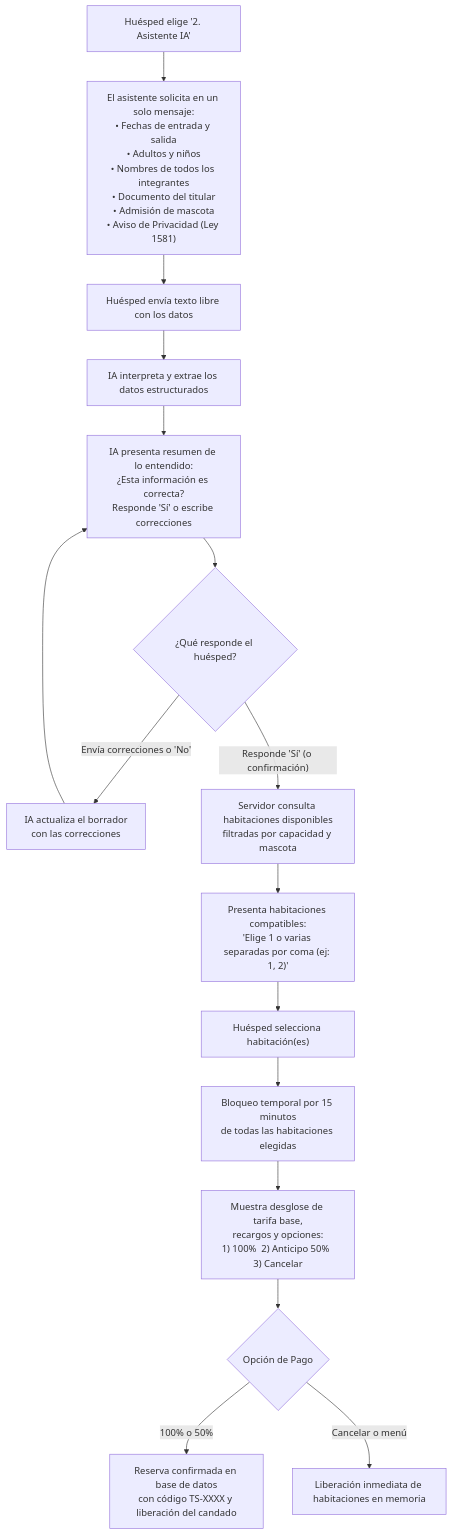
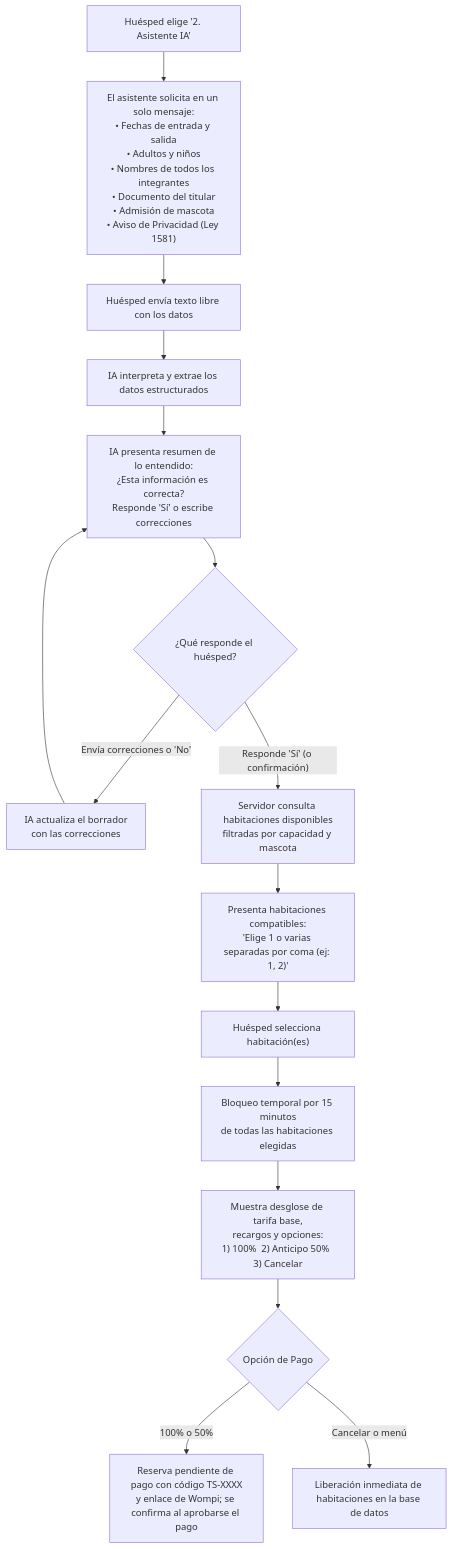
One commit to JuanJarias/SatoriPMS changed the second of 2 diagrams in docs/Diagramas/02_Flujo_Reserva_WhatsApp.md. Above: the diagram before and after it, drawn with Mermaid. The commit also changed other lines of this file and 14 other files, not shown here.

````diff
--- a/docs/Diagramas/02_Flujo_Reserva_WhatsApp.md
+++ b/docs/Diagramas/02_Flujo_Reserva_WhatsApp.md
@@ -99,22 +102,22 @@
 ```mermaid
 flowchart TD
     Inicio["Huésped elige '2. Asistente IA'"] --> PideDatos["El asistente solicita en un solo mensaje:<br/>• Fechas de entrada y salida<br/>• Adultos y niños<br/>• Nombres de todos los integrantes<br/>• Documento del titular<br/>• Admisión de mascota<br/>• Aviso de Privacidad (Ley 1581)"]
     PideDatos --> RespUsuario["Huésped envía texto libre con los datos"]
     RespUsuario --> GeminiExtract["IA interpreta y extrae los datos estructurados"]
     GeminiExtract --> MuestraResumen["IA presenta resumen de lo entendido:<br/>¿Esta información es correcta?<br/>Responde 'Sí' o escribe correcciones"]
     
     MuestraResumen --> Confirmacion{"¿Qué responde el huésped?"}
     Confirmacion -- "Envía correcciones o 'No'" --> GeminiCorrige["IA actualiza el borrador<br/>con las correcciones"]
     GeminiCorrige --> MuestraResumen
     
     Confirmacion -- "Responde 'Sí' (o confirmación)" --> ConsultaDisp["Servidor consulta habitaciones disponibles<br/>filtradas por capacidad y mascota"]
     ConsultaDisp --> MuestraHabitaciones["Presenta habitaciones compatibles:<br/>'Elige 1 o varias separadas por coma (ej: 1, 2)'"]
     
     MuestraHabitaciones --> EligeHab["Huésped selecciona habitación(es)"]
     EligeHab --> Bloqueo15Min["Bloqueo temporal por 15 minutos<br/>de todas las habitaciones elegidas"]
     Bloqueo15Min --> ResumenPago["Muestra desglose de tarifa base,<br/>recargos y opciones:<br/>1) 100%  2) Anticipo 50%  3) Cancelar"]
     
     ResumenPago --> Pago{"Opción de Pago"}
-    Pago -- "100% o 50%" --> Confirmada["Reserva confirmada en base de datos<br/>con código TS-XXXX y liberación del candado"]
-    Pago -- "Cancelar o menú" --> Liberar["Liberación inmediata de habitaciones en memoria"]
+    Pago -- "100% o 50%" --> Confirmada["Reserva pendiente de pago con código TS-XXXX<br/>y enlace de Wompi; se confirma al aprobarse el pago"]
+    Pago -- "Cancelar o menú" --> Liberar["Liberación inmediata de habitaciones en la base de datos"]
 ```
````
